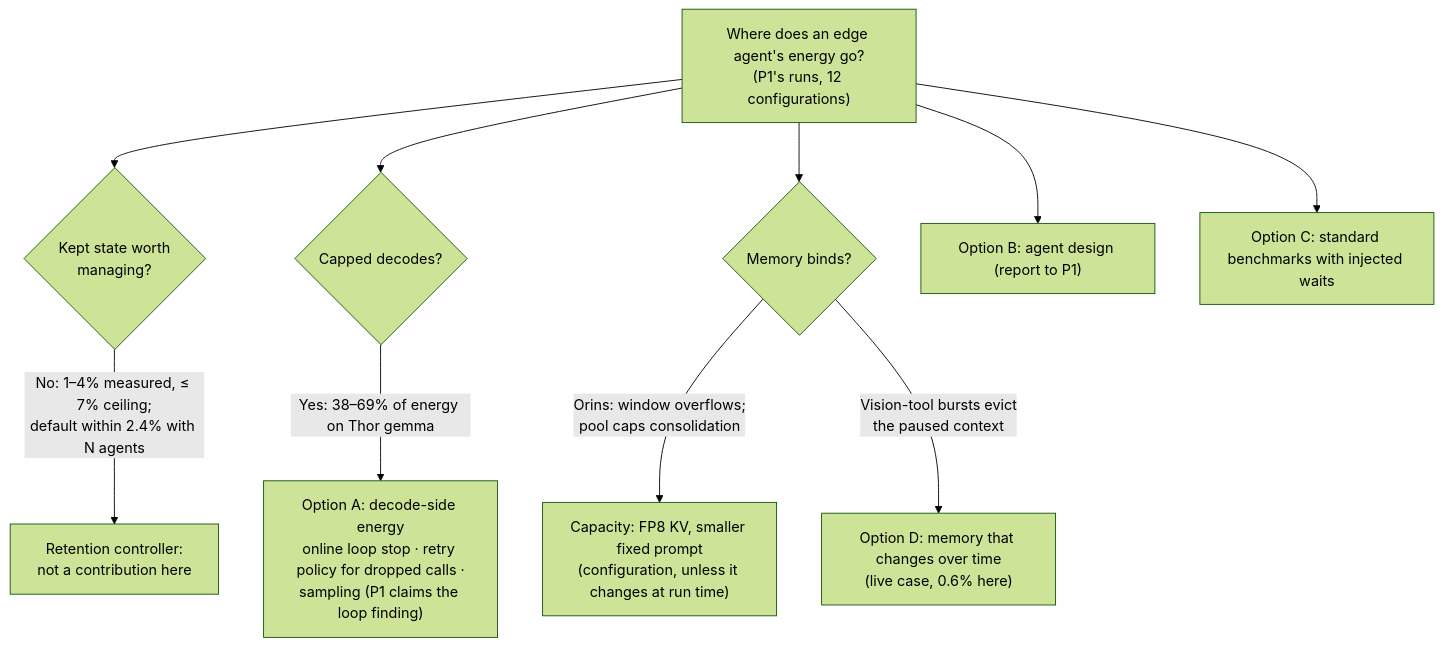
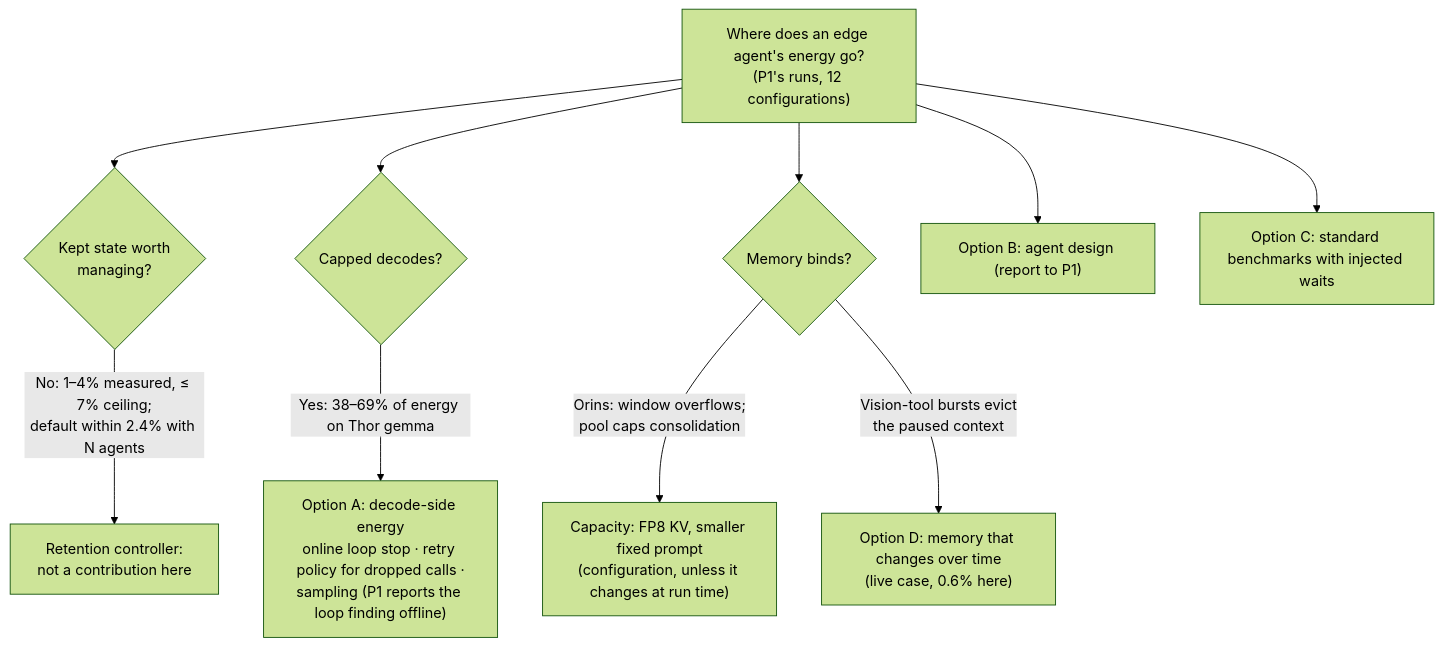
Before and after one commit to saisandeshk/jouleserve-ws: the fifth of 5 diagrams in reports/2026-10-05-p1-repo/README.md, drawn with Mermaid (forest theme). The commit also changed other lines of this file and 13 other files, not shown here.

````diff
--- a/reports/2026-10-05-p1-repo/README.md
+++ b/reports/2026-10-05-p1-repo/README.md
@@ -481,12 +491,12 @@
 ```mermaid
 flowchart TB
     S["Where does an edge agent's energy go?<br/>(P1's runs, 12 configurations)"] --> K{"Kept state worth<br/>managing?"}
     K -- "No: 1–4% measured, ≤ 7% ceiling;<br/>default within 2.4% with N agents" --> R["Retention controller:<br/>not a contribution here"]
     S --> C{"Capped decodes?"}
-    C -- "Yes: 38–69% of energy on Thor gemma" --> A["Option A: decode-side energy<br/>online loop stop · retry policy for dropped calls ·<br/>sampling (P1 claims the loop finding)"]
+    C -- "Yes: 38–69% of energy on Thor gemma" --> A["Option A: decode-side energy<br/>online loop stop · retry policy for dropped calls ·<br/>sampling (P1 reports the loop finding offline)"]
     S --> M{"Memory binds?"}
     M -- "Orins: window overflows;<br/>pool caps consolidation" --> Cap["Capacity: FP8 KV, smaller fixed prompt<br/>(configuration, unless it changes at run time)"]
     M -- "Vision-tool bursts evict<br/>the paused context" --> D["Option D: memory that changes over time<br/>(live case, 0.6% here)"]
     S --> B["Option B: agent design (report to P1)"]
     S --> CC["Option C: standard benchmarks with injected waits"]
 ```
````
